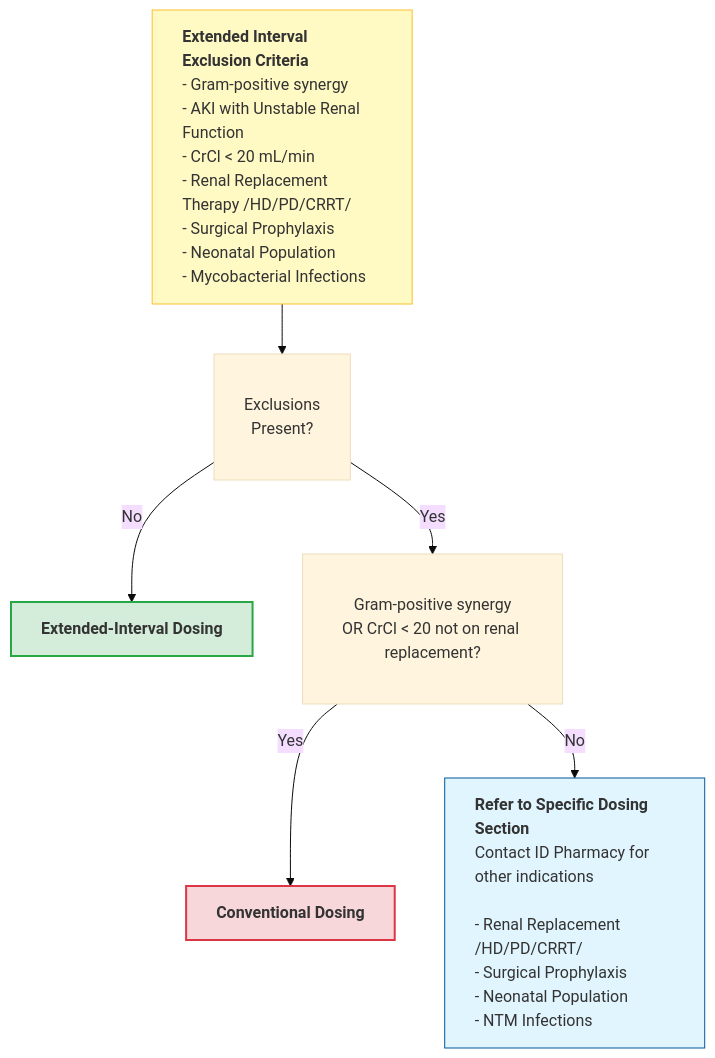
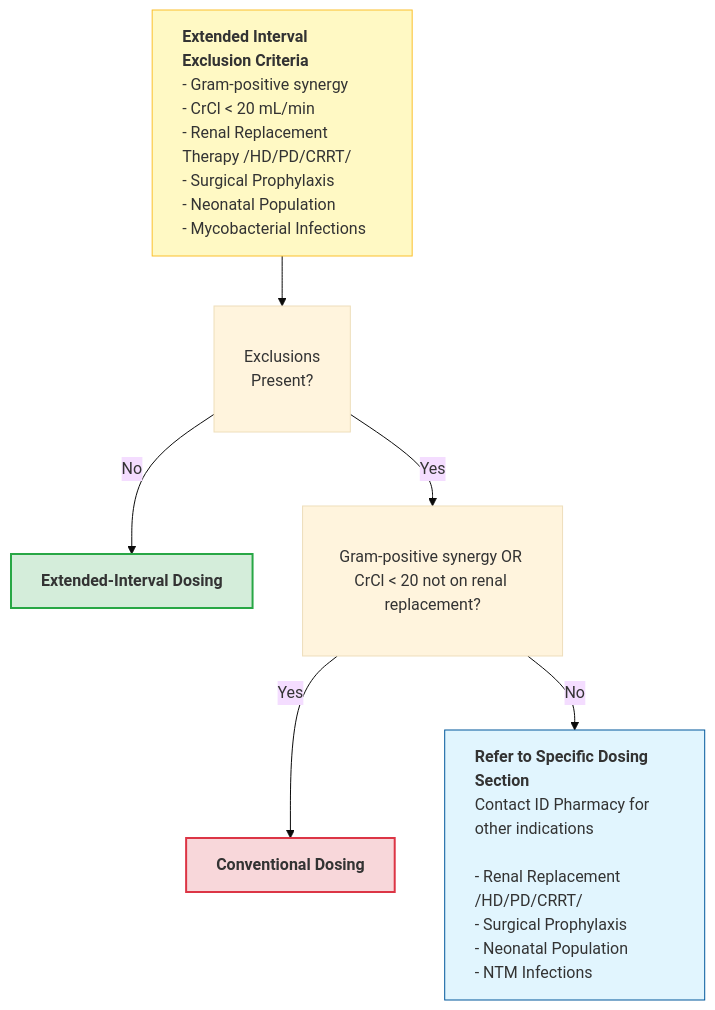
Before and after one commit to shemtsai/Aminoglycoside-Calculator: the diagram in dosing-strategy.md, drawn with Mermaid (base theme).

Commit message:
Simplify exclusion criteria in dosing strategy diagram

````diff
--- a/dosing-strategy.md
+++ b/dosing-strategy.md
@@ -3,33 +3,33 @@
 ```mermaid
 flowchart TD
     %% Step 1: Initial Checklist
-    Start["<b>Extended Interval Exclusion Criteria</b><br/>- Gram-positive synergy<br/>- AKI with Unstable Renal Function<br/>- CrCl < 20 mL/min<br/>- Renal Replacement Therapy /HD/PD/CRRT/<br/>- Surgical Prophylaxis<br/>- Neonatal Population<br/>- Mycobacterial Infections"] 
+    Start["<b>Extended Interval Exclusion Criteria</b><br/>- Gram-positive synergy<br/>- CrCl < 20 mL/min<br/>- Renal Replacement Therapy /HD/PD/CRRT/<br/>- Surgical Prophylaxis<br/>- Neonatal Population<br/>- Mycobacterial Infections"] 
     
     Start --> B[Exclusions<br/>Present?]
     
     %% Path to EI
     B -- No --> EI["<b>Extended-Interval Dosing</b>"]
 
     %% Path to second decision
-    B -- Yes --> C["Gram-positive synergy<br/>OR CrCl < 20 not on renal replacement?"]
+    B -- Yes --> C["Gram-positive synergy OR CrCl < 20 not on renal replacement?"]
     
     %% Final Outcomes
     C -- Yes --> Conv["<b>Conventional Dosing</b>"]
     
     C -- No --> D["<b>Refer to Specific Dosing Section</b><br/>Contact ID Pharmacy for other indications<br/><br/>- Renal Replacement /HD/PD/CRRT/<br/>- Surgical Prophylaxis<br/>- Neonatal Population<br/>- NTM Infections"]
 
     %% STYLING SECTION
     classDef wideBox min-width:400px,text-align:left;
     classDef outcomeBox min-width:300px,text-align:center;
     classDef diamond padding:20px;
 
     class Start,D wideBox;
     class EI,Conv outcomeBox;
     class B,C diamond;
 
     %% Individual Colors
     style Start fill:#fff9c4,stroke:#fbc02d
     style EI fill:#d4edda,stroke:#28a745,stroke-width:2px
     style Conv fill:#f8d7da,stroke:#dc3545,stroke-width:2px
     style D fill:#e1f5fe,stroke:#01579b
 ```
````
